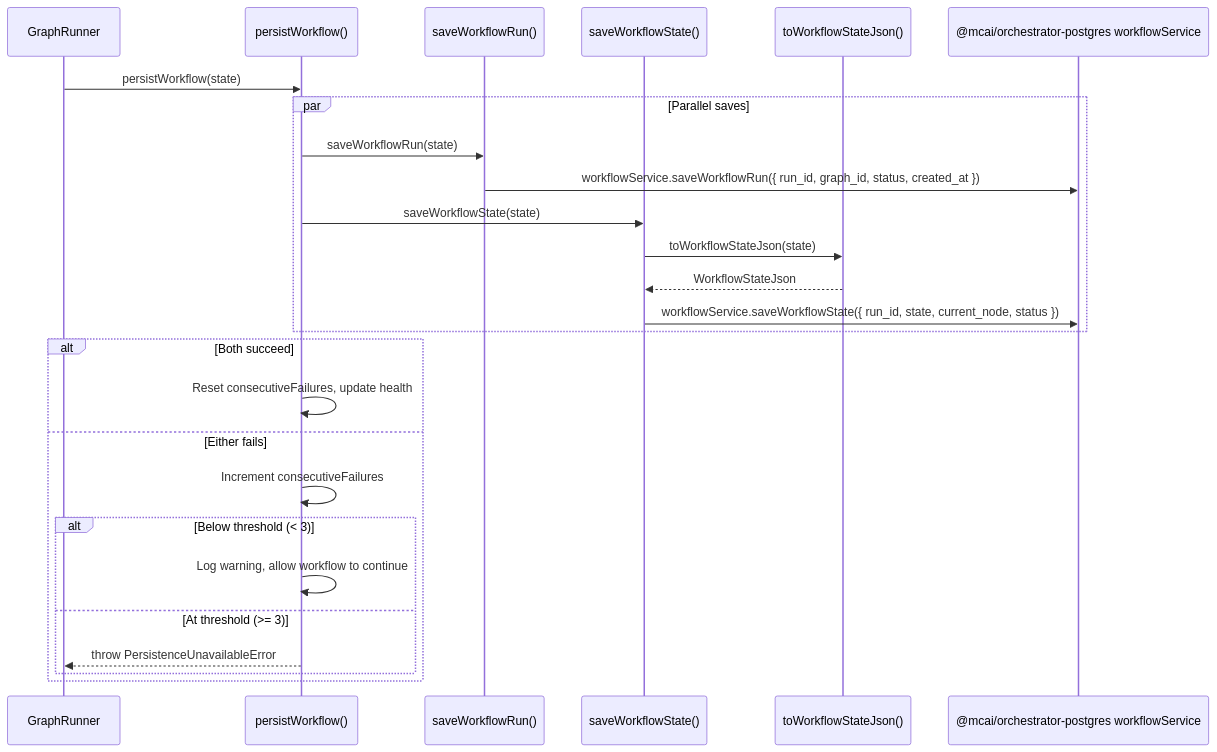
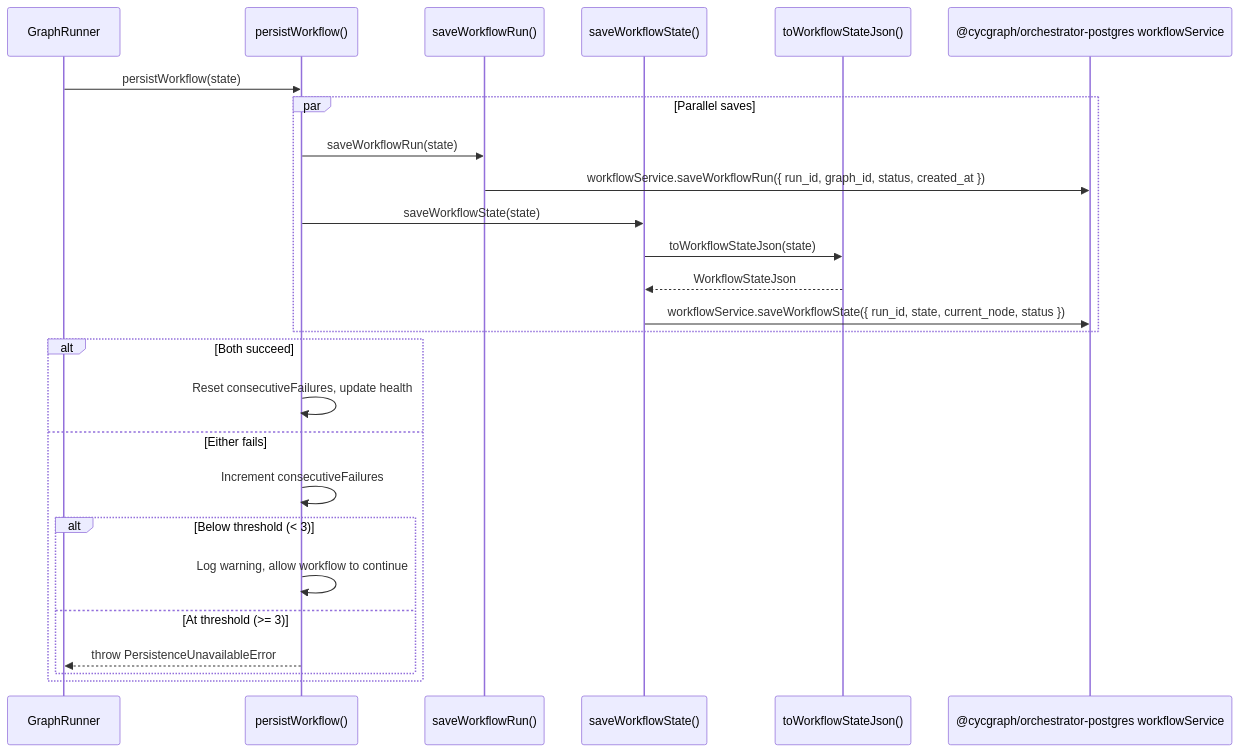
Before and after one commit to wmcmahan/mc-ai: the second of 5 diagrams in packages/orchestrator/src/db/README.md, drawn with Mermaid. The commit also changed other lines of this file and 127 other files, not shown here.

````diff
--- a/packages/orchestrator/src/db/README.md
+++ b/packages/orchestrator/src/db/README.md
@@ -90,32 +90,32 @@
 ```mermaid
 sequenceDiagram
     participant GR as GraphRunner
     participant PW as persistWorkflow()
     participant SWR as saveWorkflowRun()
     participant SWS as saveWorkflowState()
     participant CONV as toWorkflowStateJson()
-    participant DB as @mcai/orchestrator-postgres workflowService
+    participant DB as @cycgraph/orchestrator-postgres workflowService
 
     GR->>PW: persistWorkflow(state)
 
     par Parallel saves
         PW->>SWR: saveWorkflowRun(state)
         SWR->>DB: workflowService.saveWorkflowRun({ run_id, graph_id, status, created_at })
 
         PW->>SWS: saveWorkflowState(state)
         SWS->>CONV: toWorkflowStateJson(state)
         CONV-->>SWS: WorkflowStateJson
         SWS->>DB: workflowService.saveWorkflowState({ run_id, state, current_node, status })
     end
 
     alt Both succeed
         PW->>PW: Reset consecutiveFailures, update health
     else Either fails
         PW->>PW: Increment consecutiveFailures
         alt Below threshold (< 3)
             PW->>PW: Log warning, allow workflow to continue
         else At threshold (>= 3)
             PW-->>GR: throw PersistenceUnavailableError
         end
     end
 ```
````
